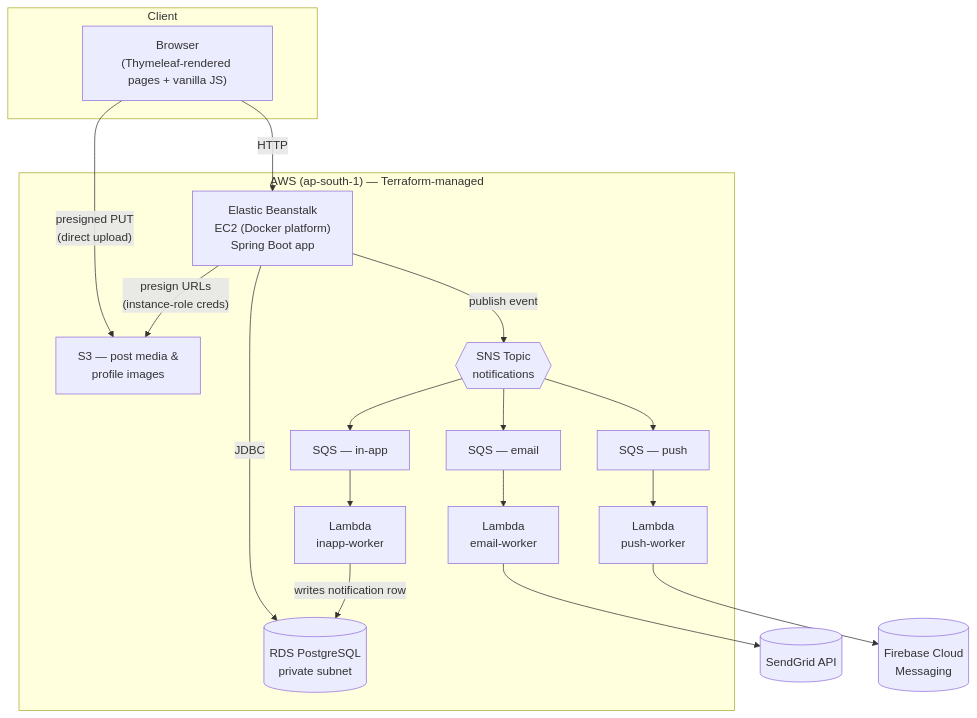
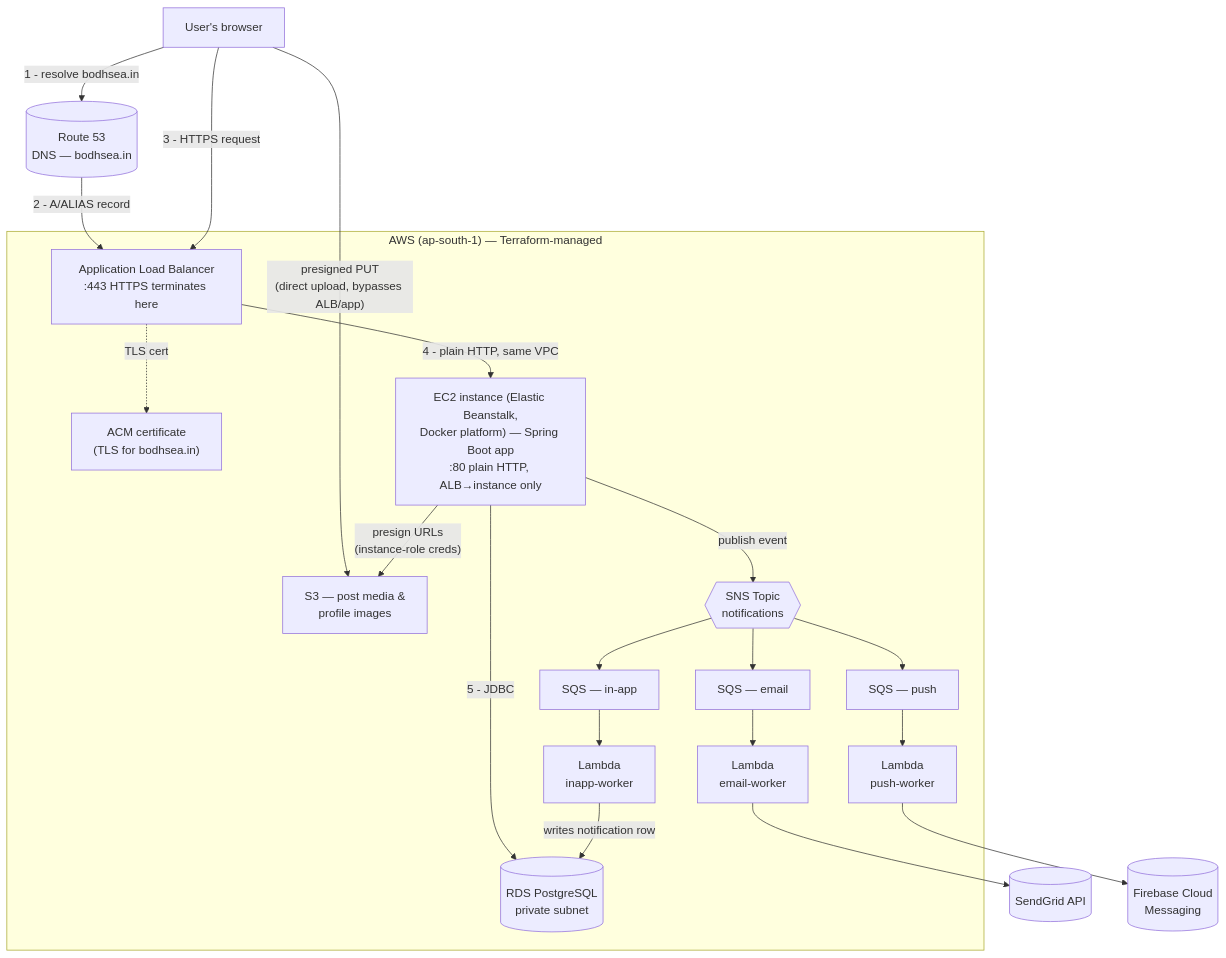
One commit to gauravmishra-1404/BlogApplication changed the diagram in README.md. Above: the diagram before and after it, drawn with Mermaid. The commit also changed other lines of this file, not shown here.

First line of the commit message:
README: document the live DNS/TLS/load-balancing architecture

````diff
--- a/README.md
+++ b/README.md
@@ -32,32 +32,37 @@
 ```mermaid
 flowchart TB
-    subgraph Client
-        Browser["Browser<br/>(Thymeleaf-rendered pages + vanilla JS)"]
-    end
+    User["User's browser"]
+    DNS[("Route 53<br/>DNS — bodhsea.in")]
 
     subgraph AWS["AWS (ap-south-1) — Terraform-managed"]
-        EB["Elastic Beanstalk<br/>EC2 (Docker platform)<br/>Spring Boot app"]
+        ACM["ACM certificate<br/>(TLS for bodhsea.in)"]
+        ALB["Application Load Balancer<br/>:443 HTTPS terminates here"]
+        EB["EC2 instance (Elastic Beanstalk,<br/>Docker platform) — Spring Boot app<br/>:80 plain HTTP, ALB→instance only"]
         RDS[("RDS PostgreSQL<br/>private subnet")]
         S3B["S3 — post media &<br/>profile images"]
         SNS{{"SNS Topic<br/>notifications"}}
         SQSe["SQS — email"]
         SQSp["SQS — push"]
         SQSi["SQS — in-app"]
         LmE["Lambda<br/>email-worker"]
         LmP["Lambda<br/>push-worker"]
         LmI["Lambda<br/>inapp-worker"]
     end
 
     SendGrid[("SendGrid API")]
     FCM[("Firebase Cloud<br/>Messaging")]
 
-    Browser -- "HTTP" --> EB
-    Browser -- "presigned PUT<br/>(direct upload)" --> S3B
-    EB -- "JDBC" --> RDS
+    User -- "1 - resolve bodhsea.in" --> DNS
+    DNS -- "2 - A/ALIAS record" --> ALB
+    User -- "3 - HTTPS request" --> ALB
+    ALB -. "TLS cert" .-> ACM
+    ALB -- "4 - plain HTTP, same VPC" --> EB
+    EB -- "5 - JDBC" --> RDS
+    User -- "presigned PUT<br/>(direct upload, bypasses ALB/app)" --> S3B
     EB -- "presign URLs<br/>(instance-role creds)" --> S3B
     EB -- "publish event" --> SNS
     SNS --> SQSe --> LmE --> SendGrid
     SNS --> SQSp --> LmP --> FCM
     SNS --> SQSi --> LmI
     LmI -- "writes notification row" --> RDS
 ```
````
